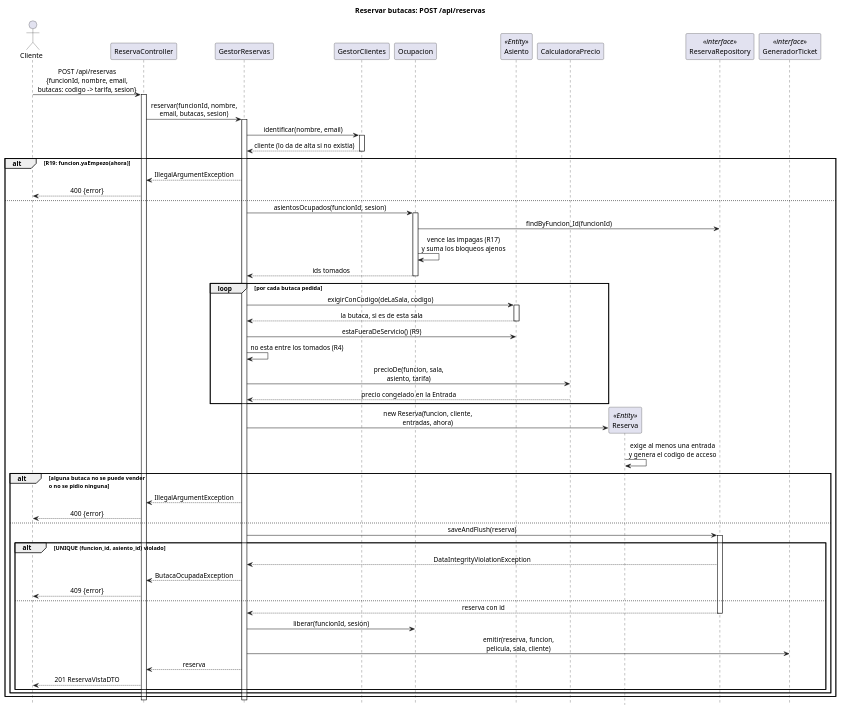
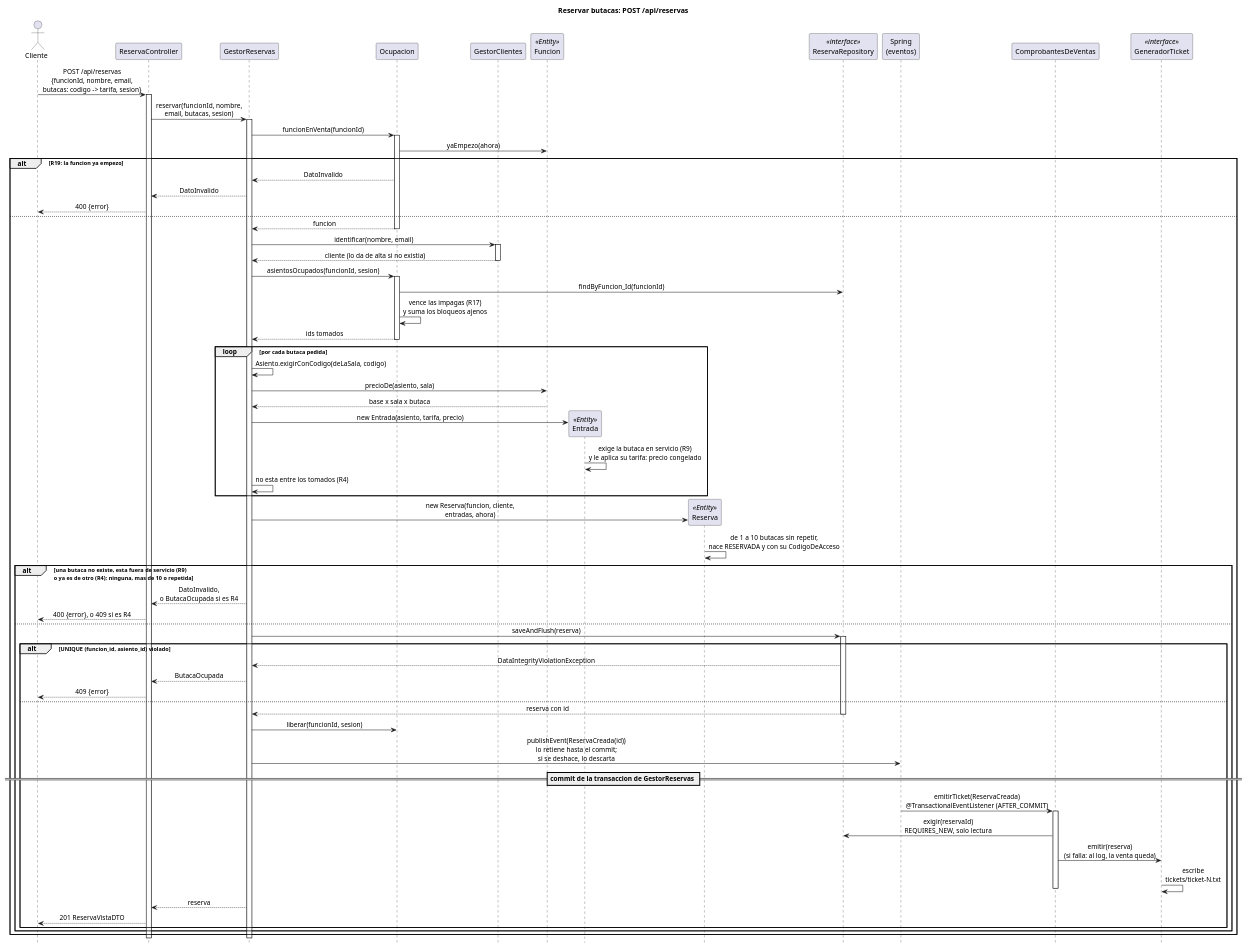
The diagram in _other/docs/diagramas/secuencia-reserva.puml (andreiveisuade/cine-uade), drawn with PlantUML before and after one commit. The commit also changed 38 other files, not shown here.

First line of the commit message:
docs(manual): arquitectura, patrones, reglas, errores y swing al dia, y diagramas sin notas

```diff
--- a/_other/docs/diagramas/secuencia-reserva.puml
+++ b/_other/docs/diagramas/secuencia-reserva.puml
@@ -1,77 +1,97 @@
 @startuml secuencia-reserva
 title Reservar butacas: POST /api/reservas
 
 skinparam sequenceMessageAlign center
 hide footbox
 
 actor Cliente
 participant "ReservaController" as Ctrl
 participant "GestorReservas" as Gestor
+participant "Ocupacion" as Ocupacion
 participant "GestorClientes" as Clientes
-participant "Ocupacion" as Ocupacion
-participant "Asiento" as Asiento <<Entity>>
-participant "CalculadoraPrecio" as Precio
+participant "Funcion" as Funcion <<Entity>>
+participant "Entrada" as Entrada <<Entity>>
 participant "Reserva" as Reserva <<Entity>>
 participant "ReservaRepository" as Repo <<interface>>
+participant "Spring\n(eventos)" as Eventos
+participant "ComprobantesDeVentas" as Comprobantes
 participant "GeneradorTicket" as Ticket <<interface>>
 
 Cliente -> Ctrl : POST /api/reservas\n{funcionId, nombre, email,\nbutacas: codigo -> tarifa, sesion}
 activate Ctrl
 Ctrl -> Gestor : reservar(funcionId, nombre,\nemail, butacas, sesion)
 activate Gestor
 
-Gestor -> Clientes : identificar(nombre, email)
-activate Clientes
-Clientes --> Gestor : cliente (lo da de alta si no existia)
-deactivate Clientes
-
-alt R19: funcion.yaEmpezo(ahora)
-  Gestor --> Ctrl : IllegalArgumentException
+' La funcion va antes que el cliente: si no existe o ya empezo, eso anula lo
+' demas, y un email de empleado no puede taparlo.
+Gestor -> Ocupacion : funcionEnVenta(funcionId)
+activate Ocupacion
+Ocupacion -> Funcion : yaEmpezo(ahora)
+alt R19: la funcion ya empezo
+  Ocupacion --> Gestor : DatoInvalido
+  Gestor --> Ctrl : DatoInvalido
   Ctrl --> Cliente : 400 {error}
 else
+  Ocupacion --> Gestor : funcion
+  deactivate Ocupacion
+
+  Gestor -> Clientes : identificar(nombre, email)
+  activate Clientes
+  Clientes --> Gestor : cliente (lo da de alta si no existia)
+  deactivate Clientes
+
   Gestor -> Ocupacion : asientosOcupados(funcionId, sesion)
   activate Ocupacion
   Ocupacion -> Repo : findByFuncion_Id(funcionId)
   Ocupacion -> Ocupacion : vence las impagas (R17)\ny suma los bloqueos ajenos
   Ocupacion --> Gestor : ids tomados
   deactivate Ocupacion
 
   loop por cada butaca pedida
-    Gestor -> Asiento : exigirConCodigo(deLaSala, codigo)
-    activate Asiento
-    Asiento --> Gestor : la butaca, si es de esta sala
-    deactivate Asiento
-    Gestor -> Asiento : estaFueraDeServicio() (R9)
+    Gestor -> Gestor : Asiento.exigirConCodigo(deLaSala, codigo)
+    Gestor -> Funcion : precioDe(asiento, sala)
+    Funcion --> Gestor : base x sala x butaca
+    create Entrada
+    Gestor -> Entrada : new Entrada(asiento, tarifa, precio)
+    Entrada -> Entrada : exige la butaca en servicio (R9)\ny le aplica su tarifa: precio congelado
     Gestor -> Gestor : no esta entre los tomados (R4)
-    Gestor -> Precio : precioDe(funcion, sala,\nasiento, tarifa)
-    Precio --> Gestor : precio congelado en la Entrada
   end
 
   create Reserva
   Gestor -> Reserva : new Reserva(funcion, cliente,\nentradas, ahora)
-  Reserva -> Reserva : exige al menos una entrada\ny genera el codigo de acceso
+  Reserva -> Reserva : de 1 a 10 butacas sin repetir,\nnace RESERVADA y con su CodigoDeAcceso
 
-  alt alguna butaca no se puede vender\no no se pidio ninguna
-    Gestor --> Ctrl : IllegalArgumentException
-    Ctrl --> Cliente : 400 {error}
+  alt una butaca no existe, esta fuera de servicio (R9)\no ya es de otro (R4); ninguna, mas de 10 o repetida
+    Gestor --> Ctrl : DatoInvalido,\no ButacaOcupada si es R4
+    Ctrl --> Cliente : 400 {error}, o 409 si es R4
   else
     Gestor -> Repo : saveAndFlush(reserva)
     activate Repo
     alt UNIQUE (funcion_id, asiento_id) violado
       Repo --> Gestor : DataIntegrityViolationException
-      Gestor --> Ctrl : ButacaOcupadaException
+      Gestor --> Ctrl : ButacaOcupada
       Ctrl --> Cliente : 409 {error}
     else
       Repo --> Gestor : reserva con id
       deactivate Repo
       Gestor -> Ocupacion : liberar(funcionId, sesion)
-      Gestor -> Ticket : emitir(reserva, funcion,\npelicula, sala, cliente)
+      Gestor -> Eventos : publishEvent(ReservaCreada(id))\nlo retiene hasta el commit;\nsi se deshace, lo descarta
+
+      == commit de la transaccion de GestorReservas ==
+
+      Eventos -> Comprobantes : emitirTicket(ReservaCreada)\n@TransactionalEventListener (AFTER_COMMIT)
+      activate Comprobantes
+      Comprobantes -> Repo : exigir(reservaId)\nREQUIRES_NEW, solo lectura
+      Comprobantes -> Ticket : emitir(reserva)\n(si falla: al log, la venta queda)
+      Ticket -> Ticket : escribe\ntickets/ticket-N.txt
+      deactivate Comprobantes
+
       Gestor --> Ctrl : reserva
       Ctrl --> Cliente : 201 ReservaVistaDTO
     end
   end
 end
 deactivate Gestor
 deactivate Ctrl
 
 @enduml
```
